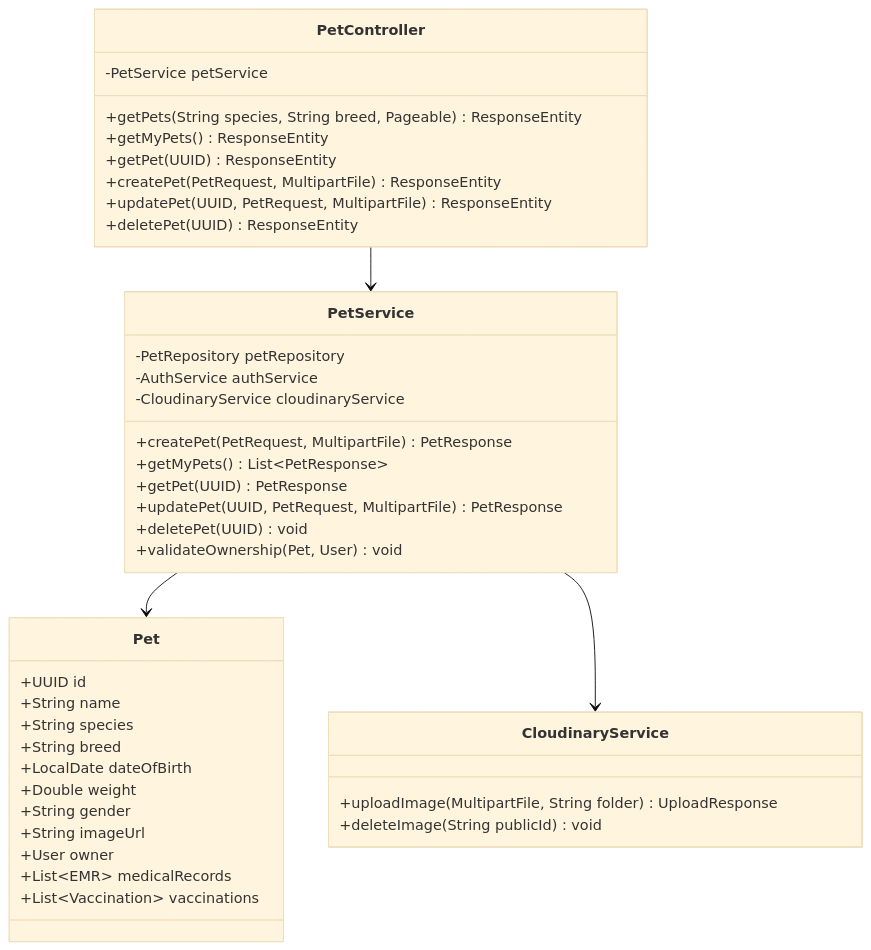
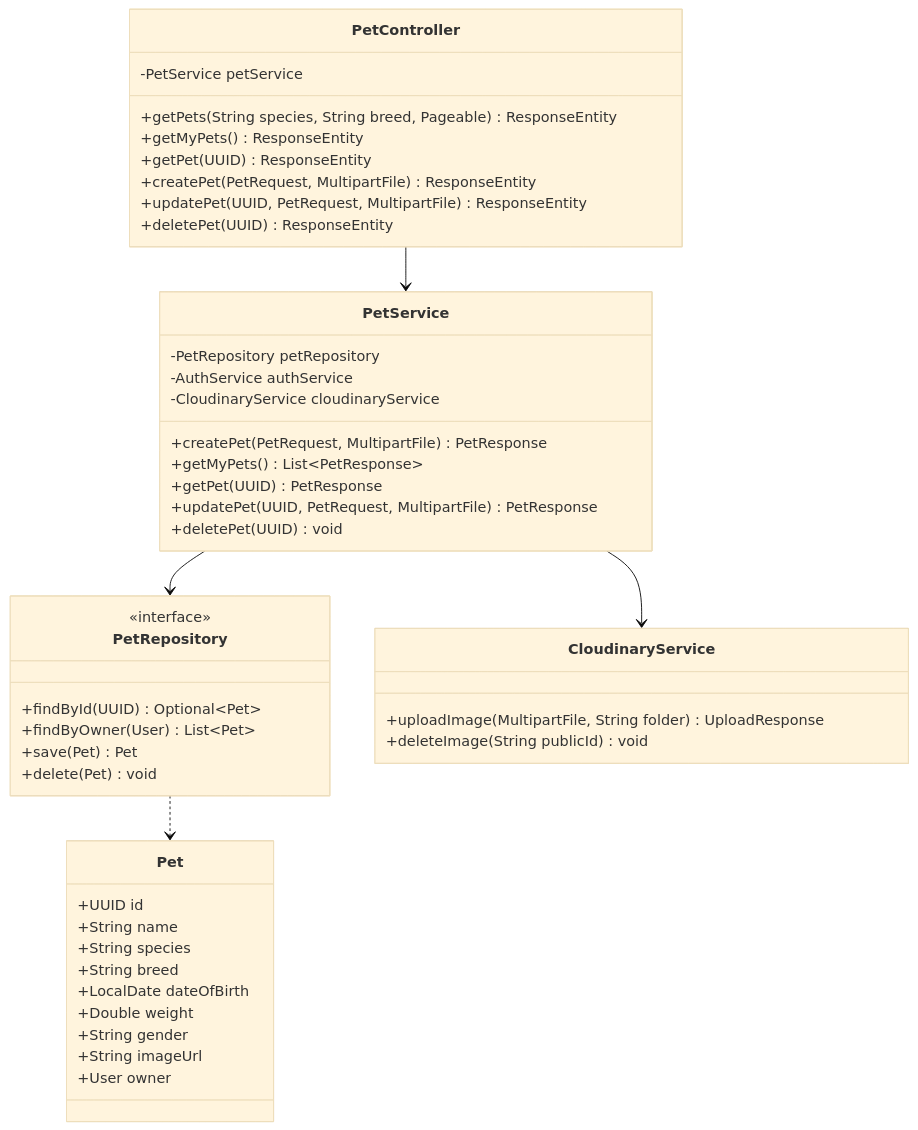
Diagram 24 of 40 in docs-references/documentation/SDD/REPORT_4_SDD_SYSTEM_DESIGN.md (espresso23/Petties-Veterinary-Appointment-Booking-Platform), drawn with Mermaid (base theme) before and after one commit. The commit also changed other lines of this file and 132 other files, not shown here.

````diff
--- a/docs-references/documentation/SDD/REPORT_4_SDD_SYSTEM_DESIGN.md
+++ b/docs-references/documentation/SDD/REPORT_4_SDD_SYSTEM_DESIGN.md
@@ -1334,47 +1743,53 @@
 ```mermaid
 classDiagram
     class PetController {
         -PetService petService
         +getPets(String species, String breed, Pageable) ResponseEntity
         +getMyPets() ResponseEntity
         +getPet(UUID) ResponseEntity
         +createPet(PetRequest, MultipartFile) ResponseEntity
         +updatePet(UUID, PetRequest, MultipartFile) ResponseEntity
         +deletePet(UUID) ResponseEntity
     }
 
     class PetService {
         -PetRepository petRepository
         -AuthService authService
         -CloudinaryService cloudinaryService
         +createPet(PetRequest, MultipartFile) PetResponse
         +getMyPets() List~PetResponse~
         +getPet(UUID) PetResponse
         +updatePet(UUID, PetRequest, MultipartFile) PetResponse
         +deletePet(UUID) void
-        +validateOwnership(Pet, User) void
+    }
+
+    class PetRepository {
+        <<interface>>
+        +findById(UUID) Optional~Pet~
+        +findByOwner(User) List~Pet~
+        +save(Pet) Pet
+        +delete(Pet) void
     }
 
     class Pet {
         +UUID id
         +String name
         +String species
         +String breed
         +LocalDate dateOfBirth
         +Double weight
         +String gender
         +String imageUrl
         +User owner
-        +List~EMR~ medicalRecords
-        +List~Vaccination~ vaccinations
     }
 
     class CloudinaryService {
         +uploadImage(MultipartFile, String folder) UploadResponse
         +deleteImage(String publicId) void
     }
 
     PetController --> PetService
-    PetService --> Pet
+    PetService --> PetRepository
+    PetRepository ..> Pet
     PetService --> CloudinaryService
 ```
````
